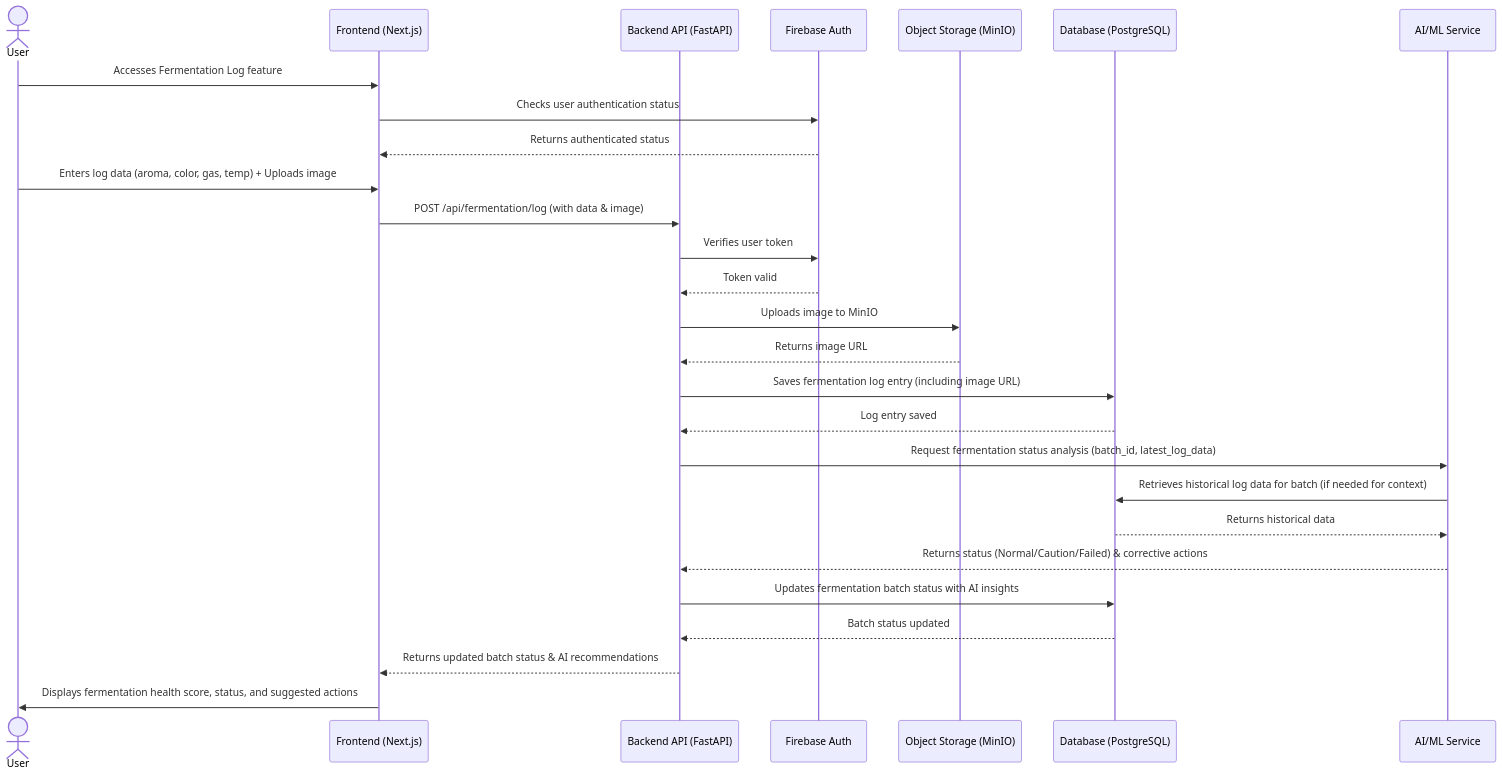
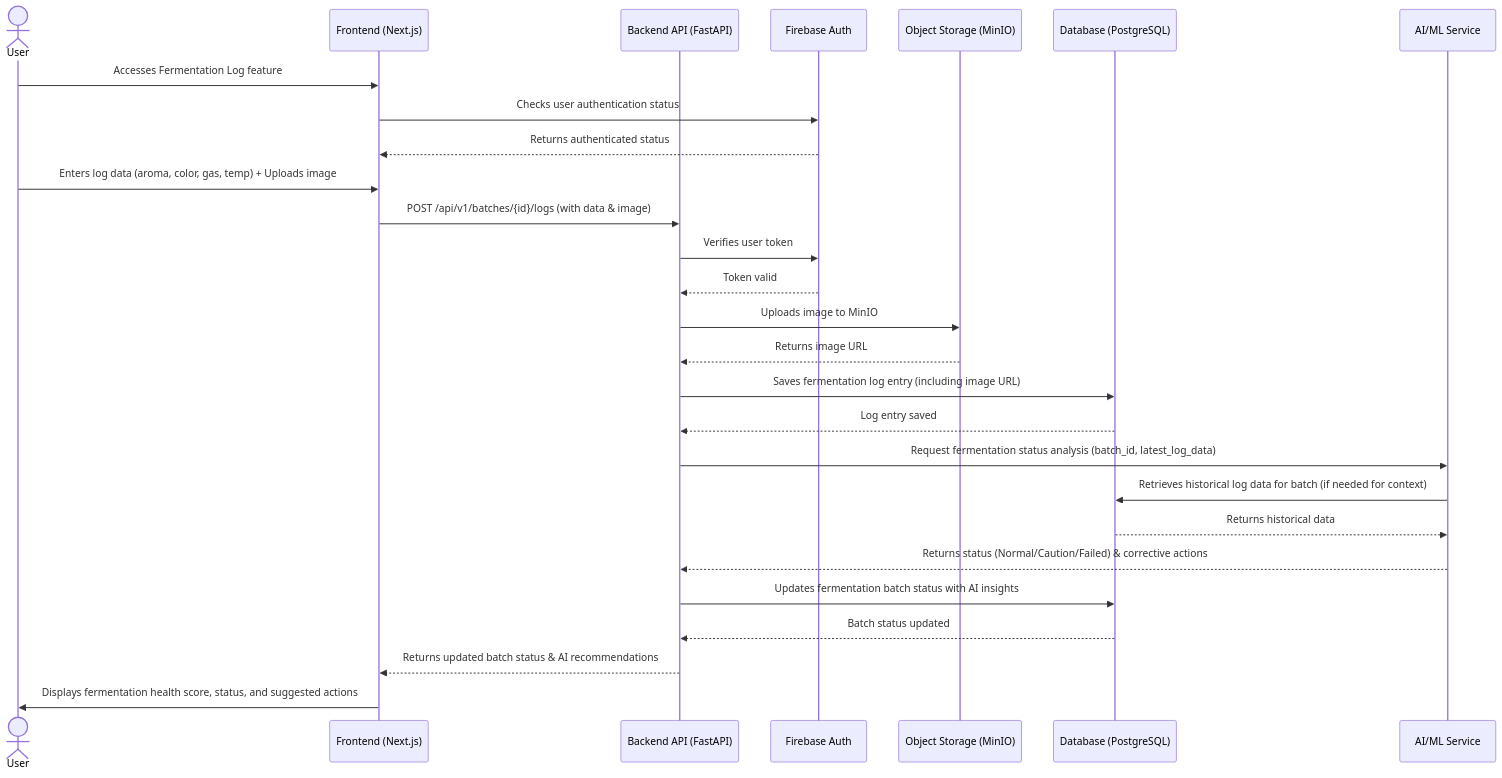
Before and after one commit to GomalRajaGula/EcoFlow-AI: the second of 2 diagrams in ARCHITECTURE.md, drawn with Mermaid. The commit also changed other lines of this file and 7 other files, not shown here.

````diff
--- a/ARCHITECTURE.md
+++ b/ARCHITECTURE.md
@@ -98,30 +98,30 @@
 ```mermaid
 sequenceDiagram
     actor User
     participant Frontend as Frontend (Next.js)
     participant Backend as Backend API (FastAPI)
     participant Auth as Firebase Auth
     participant Storage as Object Storage (MinIO)
     participant DB as Database (PostgreSQL)
     participant AI as AI/ML Service
 
     User->>Frontend: Accesses Fermentation Log feature
     Frontend->>Auth: Checks user authentication status
     Auth-->>Frontend: Returns authenticated status
     User->>Frontend: Enters log data (aroma, color, gas, temp) + Uploads image
-    Frontend->>Backend: POST /api/fermentation/log (with data & image)
+    Frontend->>Backend: POST /api/v1/batches/{id}/logs (with data & image)
     Backend->>Auth: Verifies user token
     Auth-->>Backend: Token valid
     Backend->>Storage: Uploads image to MinIO
     Storage-->>Backend: Returns image URL
     Backend->>DB: Saves fermentation log entry (including image URL)
     DB-->>Backend: Log entry saved
     Backend->>AI: Request fermentation status analysis (batch_id, latest_log_data)
     AI->>DB: Retrieves historical log data for batch (if needed for context)
     DB-->>AI: Returns historical data
     AI-->>Backend: Returns status (Normal/Caution/Failed) & corrective actions
     Backend->>DB: Updates fermentation batch status with AI insights
     DB-->>Backend: Batch status updated
     Backend-->>Frontend: Returns updated batch status & AI recommendations
     Frontend->>User: Displays fermentation health score, status, and suggested actions
 ```
````
